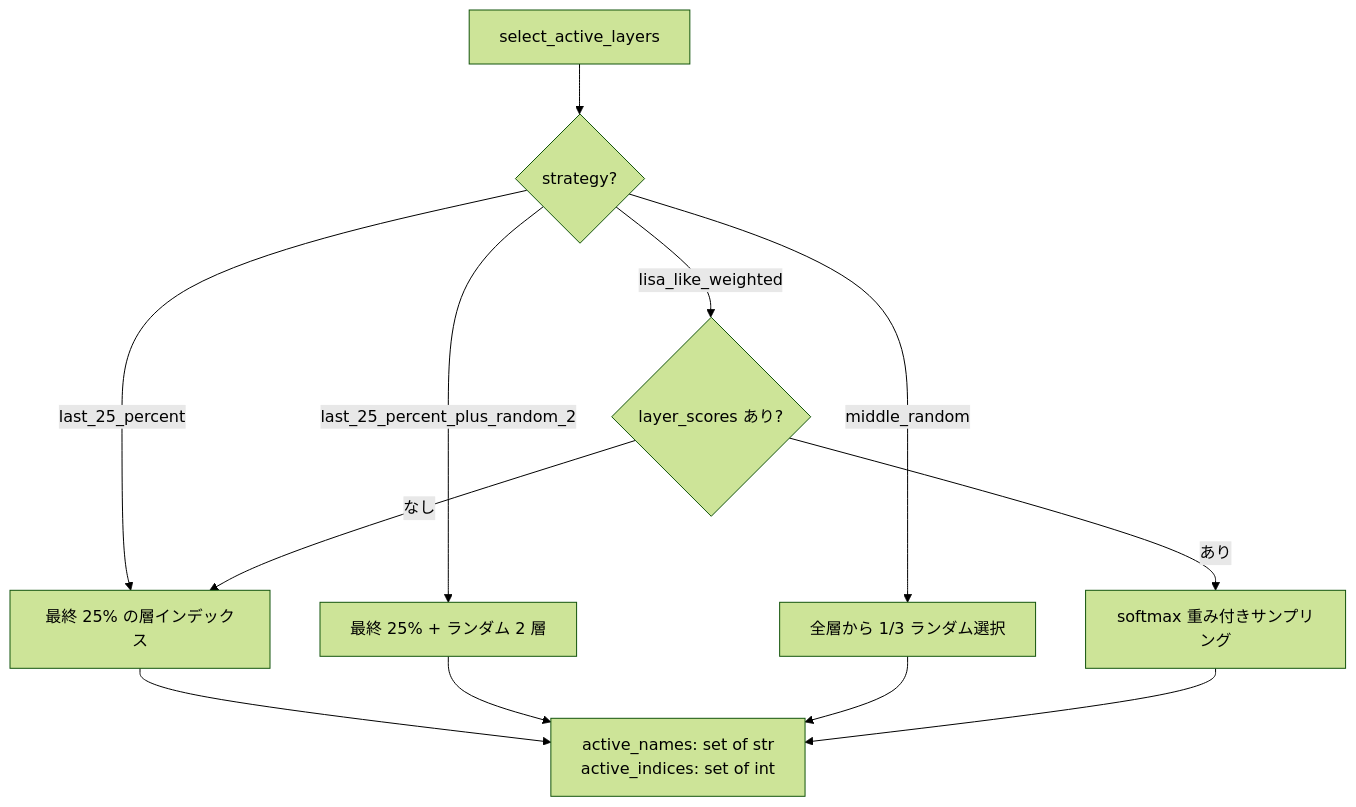
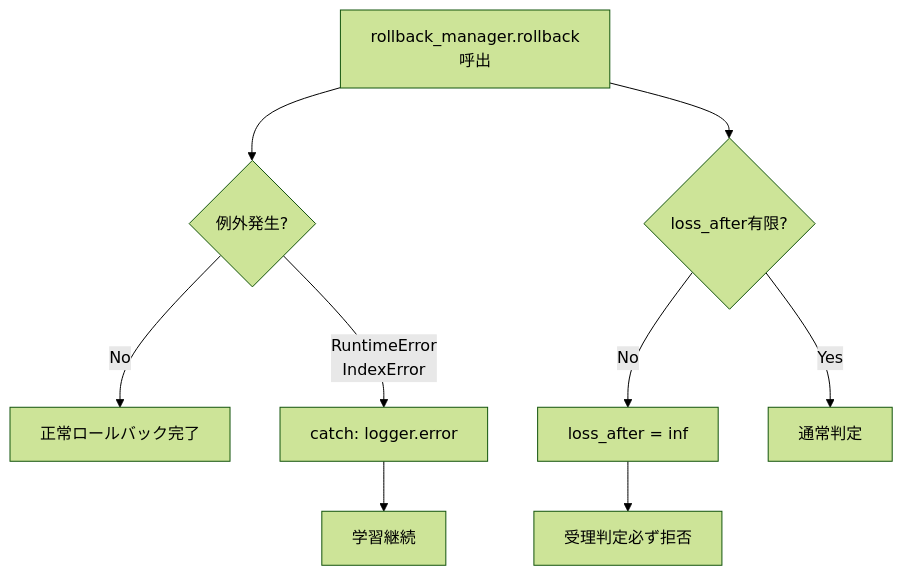
One commit to jinno-ai-lab/tg-lora-public changed the fifth of 56 diagrams in specs/tg-lora/dataflow.md. Above: the diagram before and after it, drawn with Mermaid (forest theme). The commit also changed other lines of this file and 137 other files, not shown here.

````diff
--- a/specs/tg-lora/dataflow.md
+++ b/specs/tg-lora/dataflow.md
@@ -142,15 +169,11 @@
 ```mermaid
 flowchart TD
-    A[select_active_layers] --> B{strategy?}
-    B -->|last_25_percent| C[最終 25% の層インデックス]
-    B -->|last_25_percent_plus_random_2| D[最終 25% + ランダム 2 層]
-    B -->|middle_random| E[全層から 1/3 ランダム選択]
-    B -->|lisa_like_weighted| F{layer_scores あり?}
-    F -->|あり| G[softmax 重み付きサンプリング]
-    F -->|なし| C
-
-    C --> H[active_names: set of str<br/>active_indices: set of int]
-    D --> H
-    E --> H
-    G --> H
+    A[rollback_manager.rollback呼出] --> B{例外発生?}
+    B -->|No| C[正常ロールバック完了]
+    B -->|RuntimeError<br/>IndexError| D[catch: logger.error]
+    D --> E[学習継続]
+    A --> F{loss_after有限?}
+    F -->|No| G[loss_after = inf]
+    G --> H[受理判定必ず拒否]
+    F -->|Yes| I[通常判定]
 ```
````
